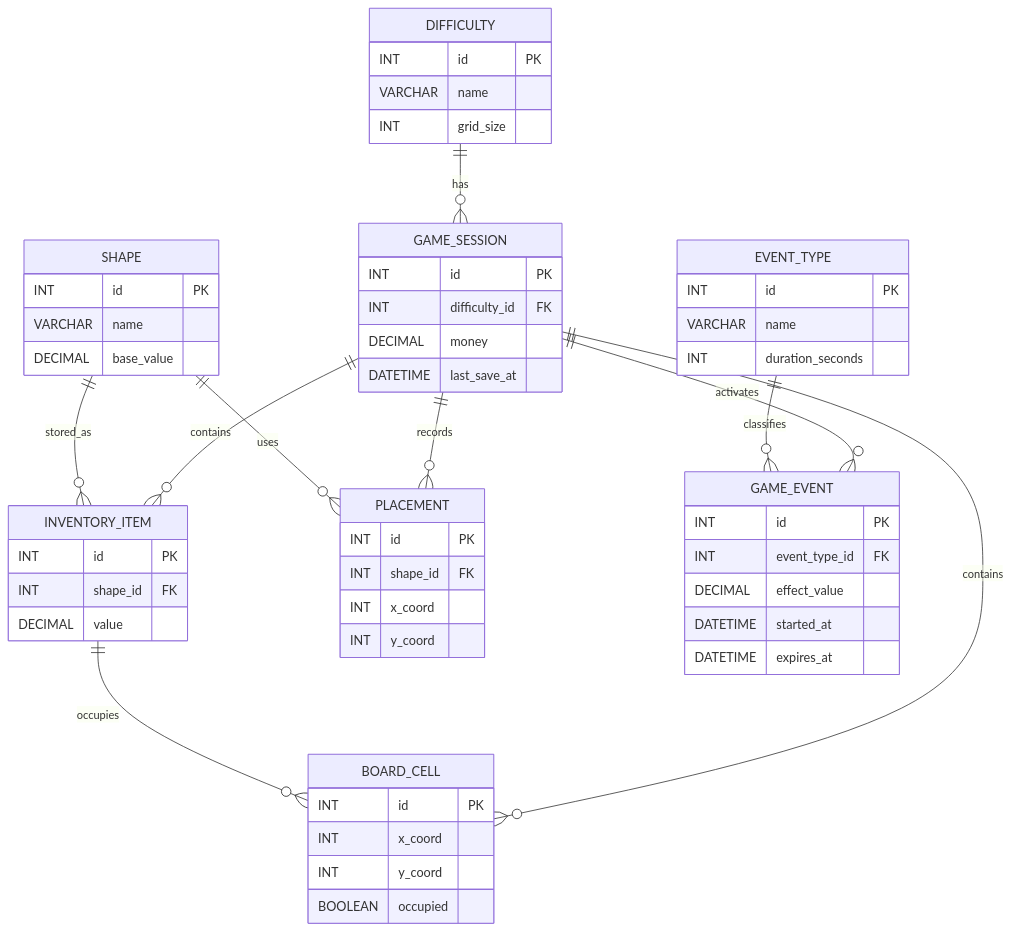
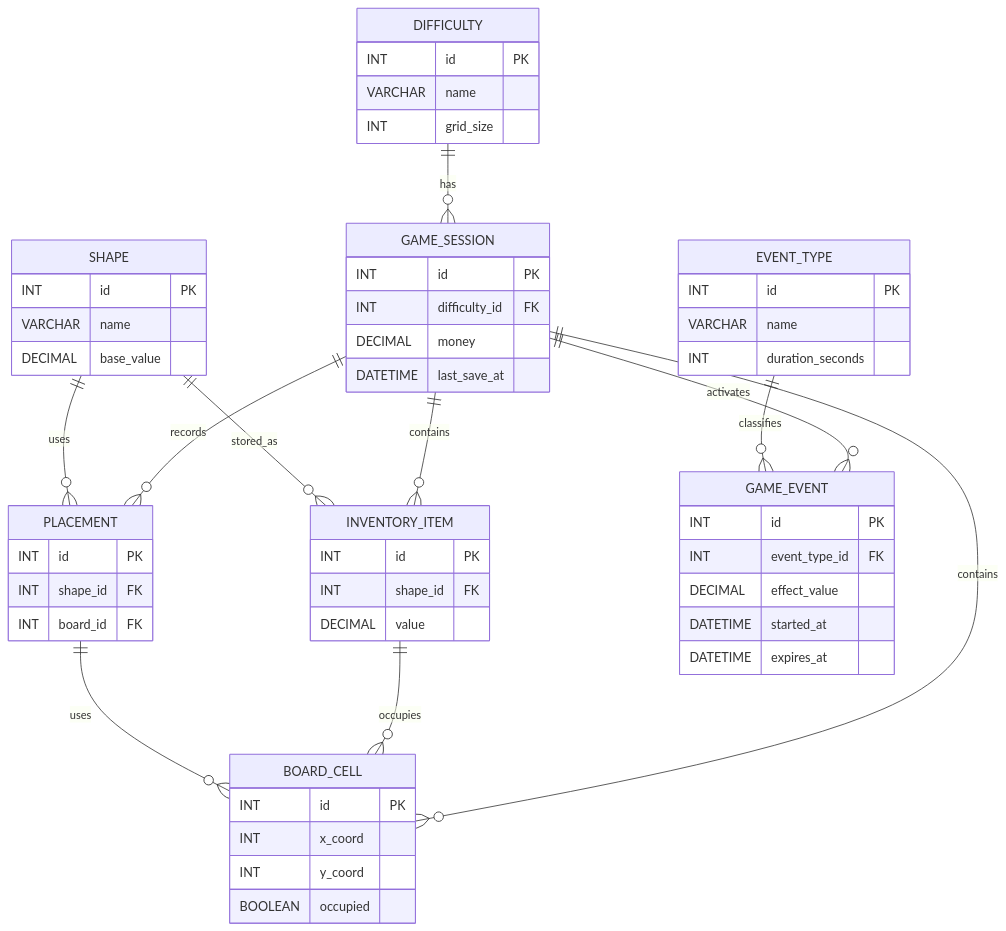
Before and after one commit to Andris07/idle_game_school_project: the diagram in SQL_Diagram.md, drawn with Mermaid.

Commit message:
SQL_Diagram.md placement <-> board_celll

````diff
--- a/SQL_Diagram.md
+++ b/SQL_Diagram.md
@@ -3,72 +3,72 @@
 ```mermaid
 erDiagram
 
     DIFFICULTY ||--o{ GAME_SESSION : has
 
     GAME_SESSION ||--o{ INVENTORY_ITEM : contains
     SHAPE ||--o{ INVENTORY_ITEM : stored_as
 
     GAME_SESSION ||--o{ BOARD_CELL : contains
     INVENTORY_ITEM ||--o{ BOARD_CELL : occupies
 
     GAME_SESSION ||--o{ PLACEMENT : records
     SHAPE ||--o{ PLACEMENT : uses
+    PLACEMENT ||--o{ BOARD_CELL : uses
 
     GAME_SESSION ||--o{ GAME_EVENT : activates
     EVENT_TYPE ||--o{ GAME_EVENT : classifies
 
 
     DIFFICULTY {
         INT id PK
         VARCHAR name
         INT grid_size
     }
 
     GAME_SESSION {
         INT id PK
         INT difficulty_id FK
         DECIMAL money
         DATETIME last_save_at
     }
 
     SHAPE {
         INT id PK
         VARCHAR name
         DECIMAL base_value
     }
 
     INVENTORY_ITEM {
         INT id PK
         INT shape_id FK
         DECIMAL value
     }
 
     BOARD_CELL {
         INT id PK
         INT x_coord
         INT y_coord
         BOOLEAN occupied
     }
 
     PLACEMENT {
         INT id PK
         INT shape_id FK
-        INT x_coord
-        INT y_coord
+        INT board_id FK
     }
 
     EVENT_TYPE {
         INT id PK
         VARCHAR name
         INT duration_seconds
     }
 
     GAME_EVENT {
         INT id PK
         INT event_type_id FK
         DECIMAL effect_value
         DATETIME started_at
         DATETIME expires_at
     }
 
 ```
````
